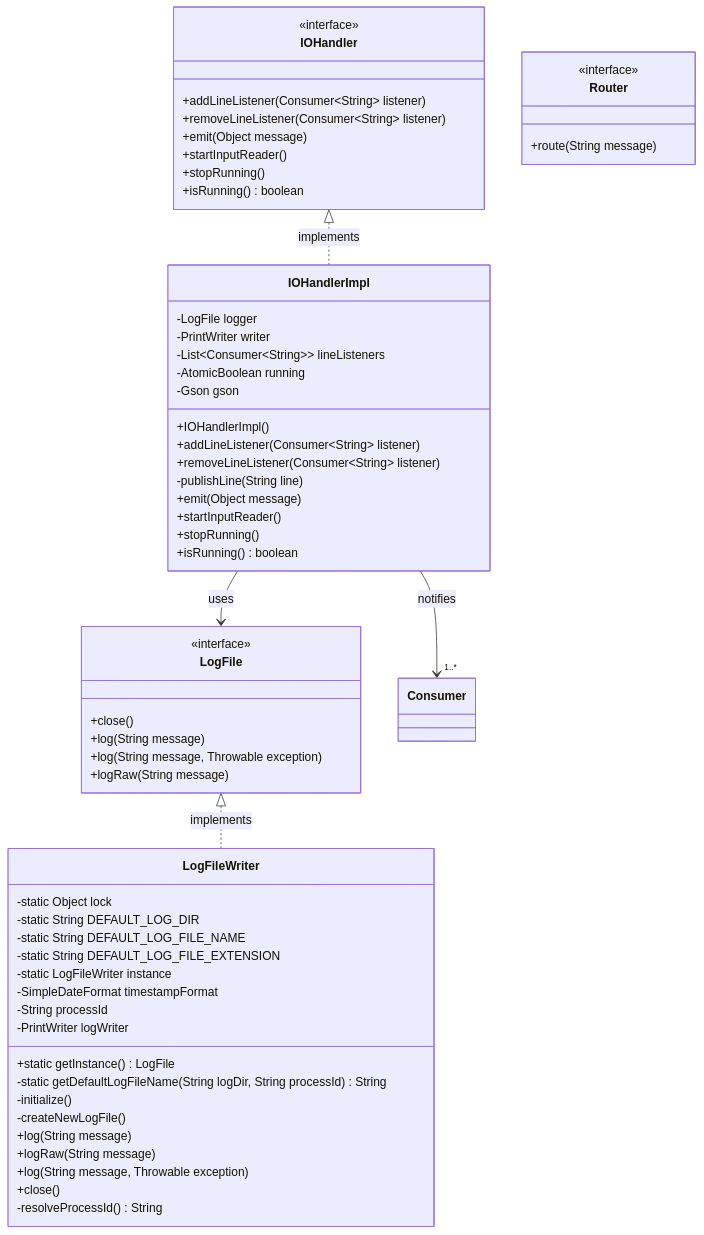
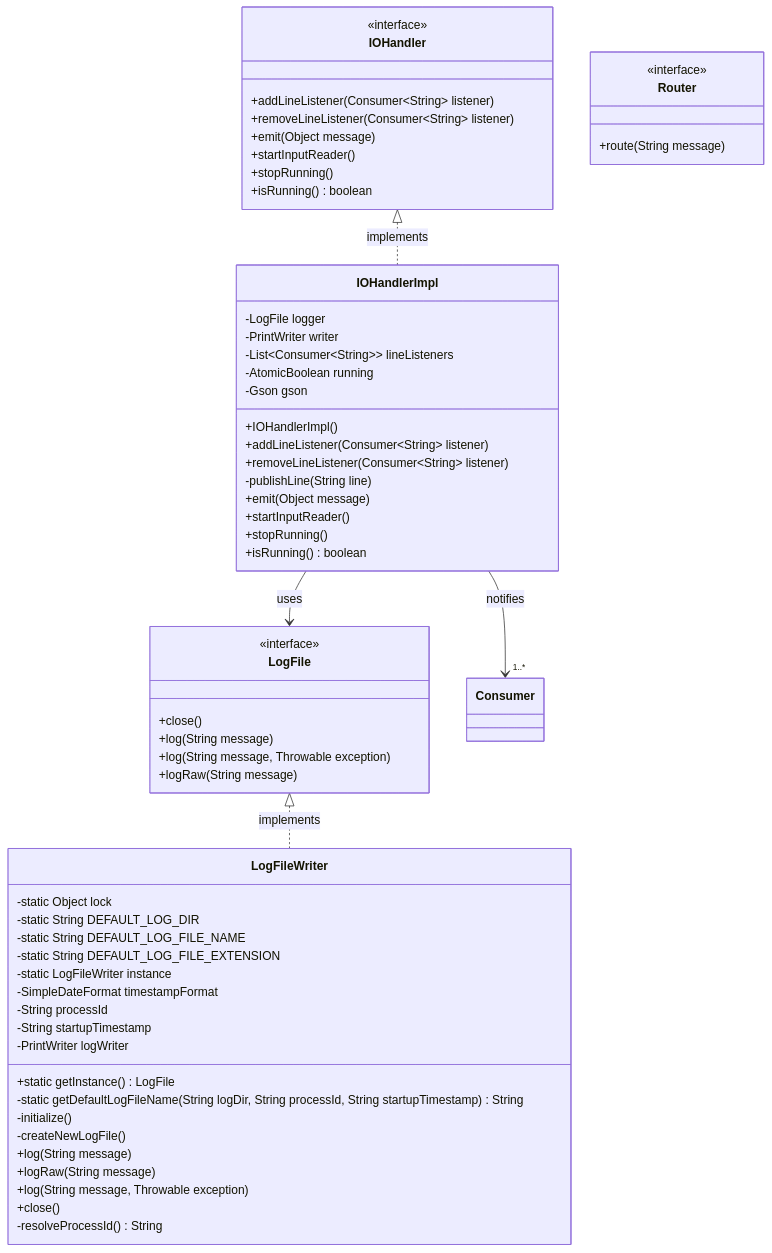
One commit to David-Parry/agent-mcp-workshop changed the first of 2 diagrams in lessons/01-overview.md. Above: the diagram before and after it, drawn with Mermaid. The commit also changed other lines of this file and 9 other files, not shown here.

````diff
--- a/lessons/01-overview.md
+++ b/lessons/01-overview.md
@@ -40,66 +42,67 @@
 ```mermaid
 classDiagram
     class IOHandler {
         <<interface>>
         +addLineListener(Consumer~String~ listener)
         +removeLineListener(Consumer~String~ listener)
         +emit(Object message)
         +startInputReader()
         +stopRunning()
         +isRunning() boolean
     }
 
     class IOHandlerImpl {
         -LogFile logger
         -PrintWriter writer
         -List~Consumer~String~~ lineListeners
         -AtomicBoolean running
         -Gson gson
         +IOHandlerImpl()
         +addLineListener(Consumer~String~ listener)
         +removeLineListener(Consumer~String~ listener)
         -publishLine(String line)
         +emit(Object message)
         +startInputReader()
         +stopRunning()
         +isRunning() boolean
     }
 
     class LogFile {
         <<interface>>
         +close()
         +log(String message)
         +log(String message, Throwable exception)
         +logRaw(String message)
     }
 
     class LogFileWriter {
         -static Object lock
         -static String DEFAULT_LOG_DIR
         -static String DEFAULT_LOG_FILE_NAME
         -static String DEFAULT_LOG_FILE_EXTENSION
         -static LogFileWriter instance
         -SimpleDateFormat timestampFormat
         -String processId
+        -String startupTimestamp
         -PrintWriter logWriter
         +static getInstance() LogFile
-        -static getDefaultLogFileName(String logDir, String processId) String
+        -static getDefaultLogFileName(String logDir, String processId, String startupTimestamp) String
         -initialize()
         -createNewLogFile()
         +log(String message)
         +logRaw(String message)
         +log(String message, Throwable exception)
         +close()
         -resolveProcessId() String
     }
 
     class Router {
         <<interface>>
         +route(String message)
     }
 
     IOHandler <|.. IOHandlerImpl : implements
     LogFile <|.. LogFileWriter : implements
     IOHandlerImpl --> LogFile : uses
     IOHandlerImpl --> "1..*" Consumer : notifies
 ```
````
